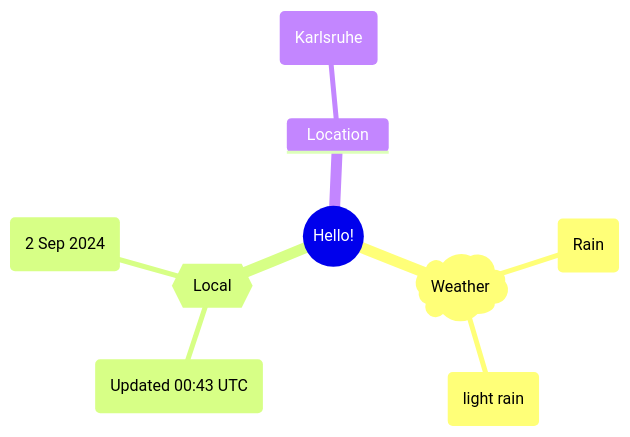
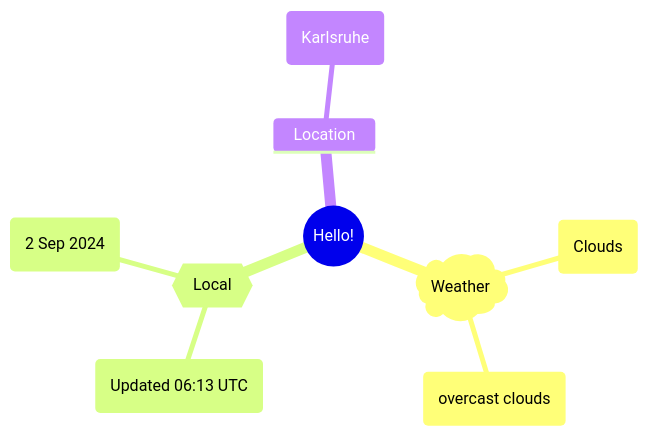
Before and after one commit to Xosrov/Xosrov: the first of 2 diagrams in README.md, drawn with Mermaid.

Commit message:
[bot] updated images

````diff
--- a/README.md
+++ b/README.md
@@ -3,12 +3,12 @@
 ```mermaid
 mindmap
   root((Hello!))
     )Weather(
-        (Rain)
-        (light rain)
+        (Clouds)
+        (overcast clouds)
     {{Local}}
-        (Updated 00:43 UTC)
+        (Updated 06:13 UTC)
         (2 Sep 2024)
     Location
         (Karlsruhe)
 ```
````
